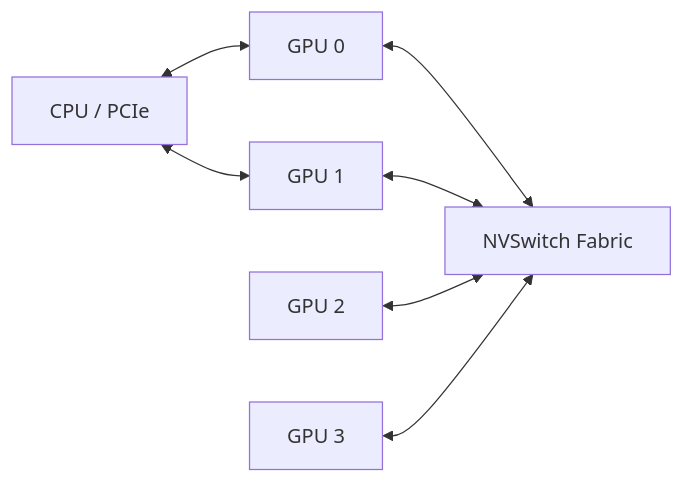
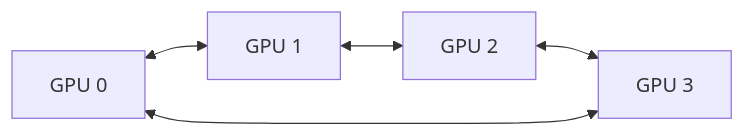
One commit to jithinpnjm/nvidia-devops changed the second of 5 diagrams in docs/nvidia-zero-to-hero/volume-07/chapter-03-nvlink-and-nvswitch.md. Above: the diagram before and after it, drawn with Mermaid. The commit also changed other lines of this file, not shown here.

````diff
--- a/docs/nvidia-zero-to-hero/volume-07/chapter-03-nvlink-and-nvswitch.md
+++ b/docs/nvidia-zero-to-hero/volume-07/chapter-03-nvlink-and-nvswitch.md
@@ -18,9 +130,7 @@
 ```mermaid
 flowchart LR
-    G0[GPU 0] <--> S0[NVSwitch Fabric]
-    G1[GPU 1] <--> S0
-    G2[GPU 2] <--> S0
-    G3[GPU 3] <--> S0
-    Host[CPU / PCIe] <--> G0
-    Host <--> G1
+    G0[GPU 0] <--> G1[GPU 1]
+    G1 <--> G2[GPU 2]
+    G2 <--> G3[GPU 3]
+    G3 <--> G0
 ```
````
